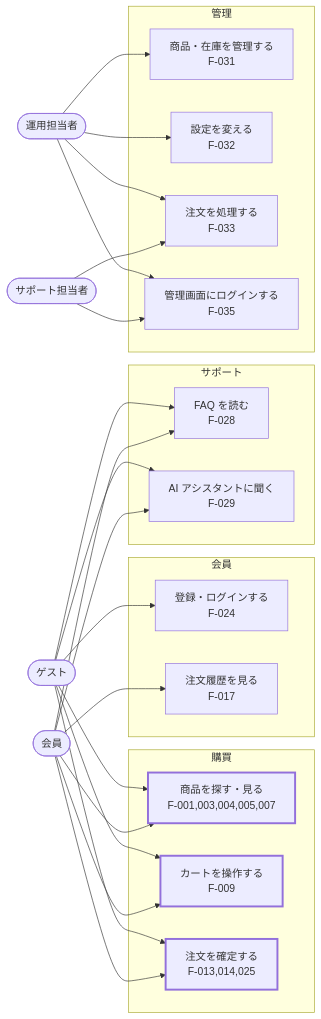
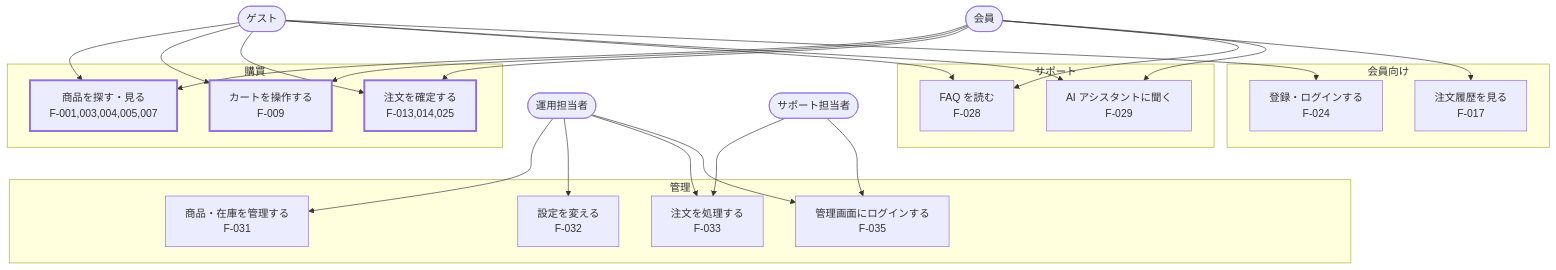
Before and after one commit to nonooktk/GUapp: the second of 8 diagrams in docs/03_設計仕様書/GU_ECsite_設計仕様書_P1_draft-v2.md, drawn with Mermaid. The commit also changed 1 other file, not shown here.

Commit message:
設計仕様書 docx：ページ高さを超える図が原因で印刷レイアウト不可だった問題を修正
- 縦長図（アクティビティ図 359mm）は高さ 225mm に収める自動縮小を変換側に追加
- ユースケース図は不可視リンクで 2 段組みにし、横長・可読に（正本 md も更新）
- Word の「下書き固定・印刷レイアウト切替不可・PDF 書き出し失敗」はすべてこの図が原因

````diff
--- a/docs/03_設計仕様書/GU_ECsite_設計仕様書_P1_draft-v2.md
+++ b/docs/03_設計仕様書/GU_ECsite_設計仕様書_P1_draft-v2.md
@@ -97,33 +97,35 @@
 ```mermaid
-flowchart LR
+flowchart TB
     G([ゲスト])
     Mb([会員])
     Op([運用担当者])
     Sp([サポート担当者])
     subgraph 購買
         U1[商品を探す・見る<br/>F-001,003,004,005,007]
         U2[カートを操作する<br/>F-009]
         U3[注文を確定する<br/>F-013,014,025]
     end
-    subgraph 会員
+    subgraph 会員向け
         U4[登録・ログインする<br/>F-024]
         U5[注文履歴を見る<br/>F-017]
     end
     subgraph サポート
         U6[FAQ を読む<br/>F-028]
         U7[AI アシスタントに聞く<br/>F-029]
     end
     subgraph 管理
         U8[商品・在庫を管理する<br/>F-031]
         U9[設定を変える<br/>F-032]
         U10[注文を処理する<br/>F-033]
         U11[管理画面にログインする<br/>F-035]
     end
     G --> U1 & U2 & U3 & U6 & U7 & U4
     Mb --> U1 & U2 & U3 & U5 & U6 & U7
     Op --> U8 & U9 & U10 & U11
     Sp --> U10 & U11
+    U1 ~~~ U8
+    U4 ~~~ U10
     style U1 stroke-width:3px
     style U2 stroke-width:3px
     style U3 stroke-width:3px
 ```
````
